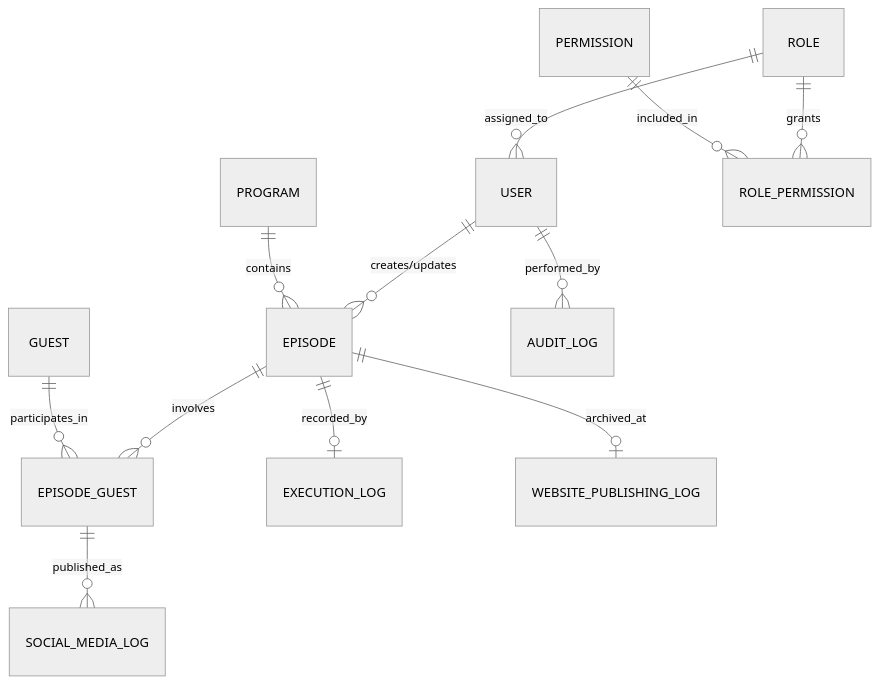
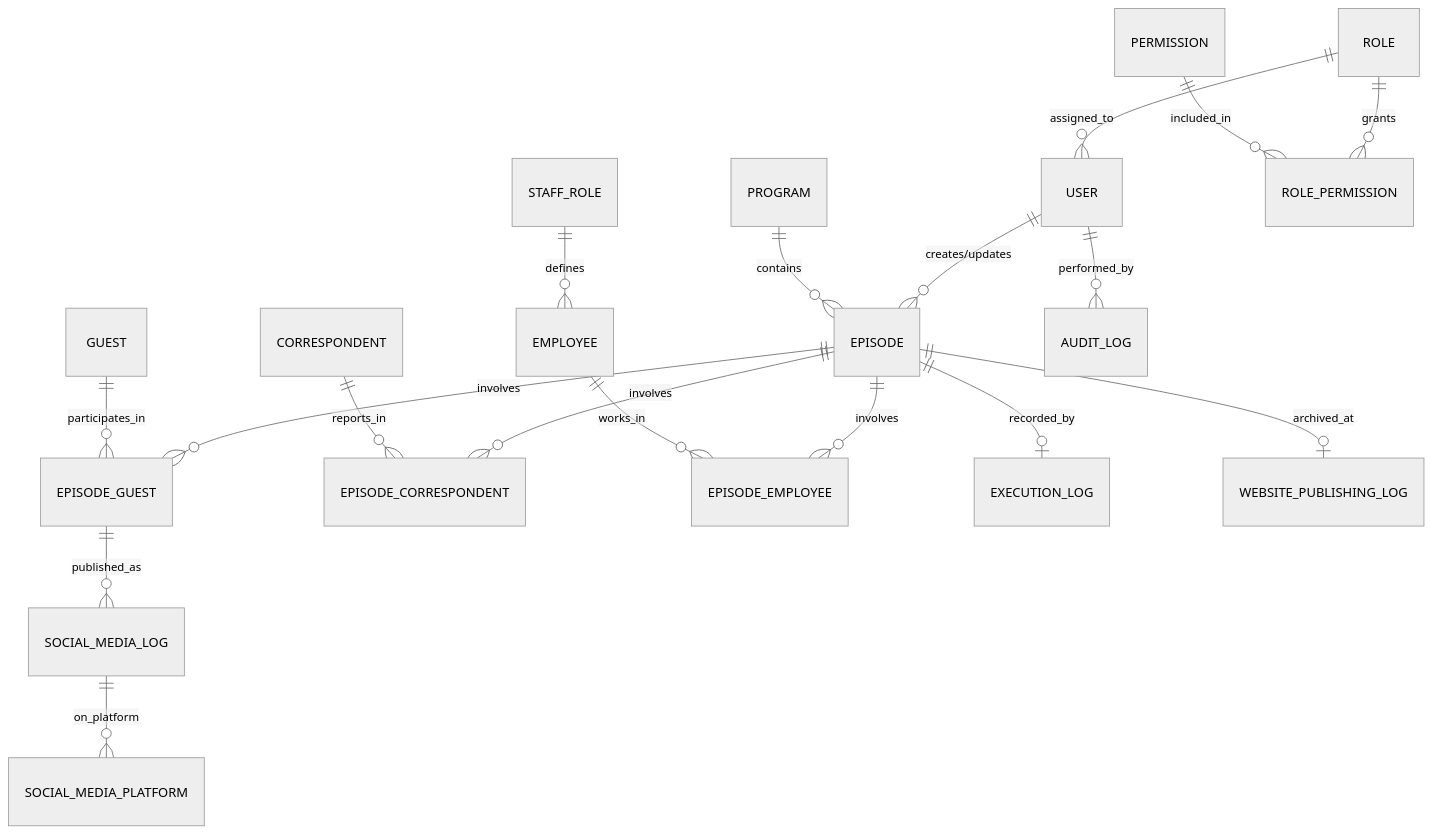
One commit to dabasgaza/Radio changed the first of 2 diagrams in README.md. Above: the diagram before and after it, drawn with Mermaid (neutral theme). The commit also changed other lines of this file and 19 other files, not shown here.

````diff
--- a/README.md
+++ b/README.md
@@ -86,14 +87,20 @@
 ```mermaid
 erDiagram
     USER ||--o{ EPISODE : "creates/updates"
     PROGRAM ||--o{ EPISODE : contains
     EPISODE ||--o{ EPISODE_GUEST : involves
+    EPISODE ||--o{ EPISODE_CORRESPONDENT : involves
+    EPISODE ||--o{ EPISODE_EMPLOYEE : involves
     GUEST ||--o{ EPISODE_GUEST : participates_in
+    CORRESPONDENT ||--o{ EPISODE_CORRESPONDENT : reports_in
+    EMPLOYEE ||--o{ EPISODE_EMPLOYEE : works_in
+    STAFF_ROLE ||--o{ EMPLOYEE : defines
     EPISODE ||--o| EXECUTION_LOG : recorded_by
     EPISODE ||--o| WEBSITE_PUBLISHING_LOG : archived_at
     EPISODE_GUEST ||--o{ SOCIAL_MEDIA_LOG : published_as
+    SOCIAL_MEDIA_LOG ||--o{ SOCIAL_MEDIA_PLATFORM : on_platform
     USER ||--o{ AUDIT_LOG : performed_by
     ROLE ||--o{ USER : assigned_to
     ROLE ||--o{ ROLE_PERMISSION : grants
     PERMISSION ||--o{ ROLE_PERMISSION : included_in
 ```
````
